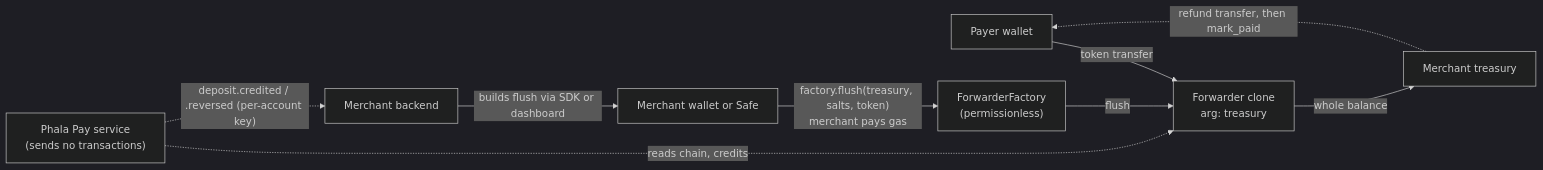
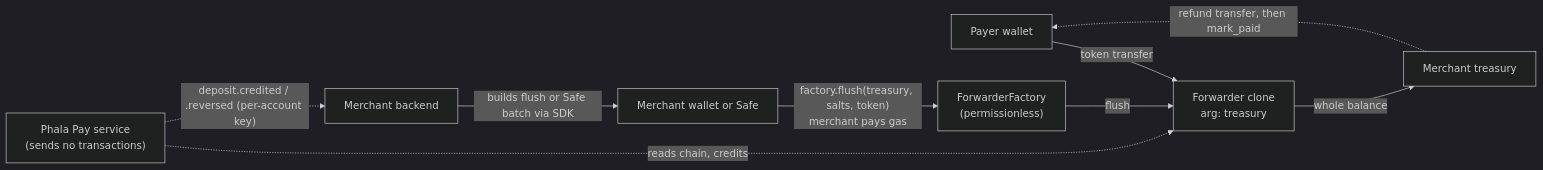
The first of 3 diagrams in docs/design/multi-tenant.md (Phala-Network/crypto-topup-service), drawn with Mermaid (dark theme) before and after one commit. The commit also changed other lines of this file and 4 other files, not shown here.

````diff
--- a/docs/design/multi-tenant.md
+++ b/docs/design/multi-tenant.md
@@ -289,11 +216,11 @@
 ```mermaid
 flowchart LR
     payer["Payer wallet"] -->|"token transfer"| fwd["Forwarder clone<br/>arg: treasury"]
     svc["Phala Pay service<br/>(sends no transactions)"] -.->|"reads chain, credits"| fwd
     svc -.->|"deposit.credited / .reversed (per-account key)"| mer["Merchant backend"]
-    mer -->|"builds flush via SDK or dashboard"| wal["Merchant wallet or Safe"]
+    mer -->|"builds flush or Safe batch via SDK"| wal["Merchant wallet or Safe"]
     wal -->|"factory.flush(treasury, salts, token)<br/>merchant pays gas"| fac["ForwarderFactory<br/>(permissionless)"]
     fac -->|"flush"| fwd
     fwd -->|"whole balance"| tre["Merchant treasury"]
     tre -.->|"refund transfer, then mark_paid"| payer
 ```
````
